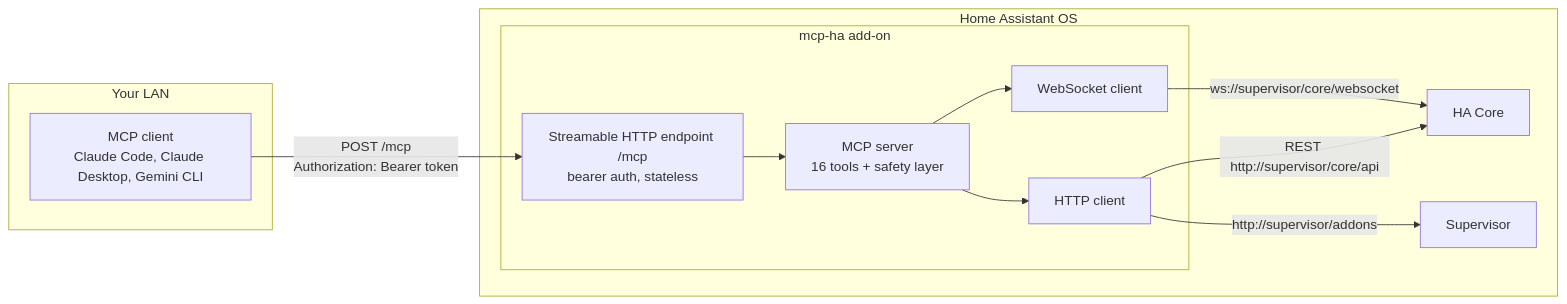
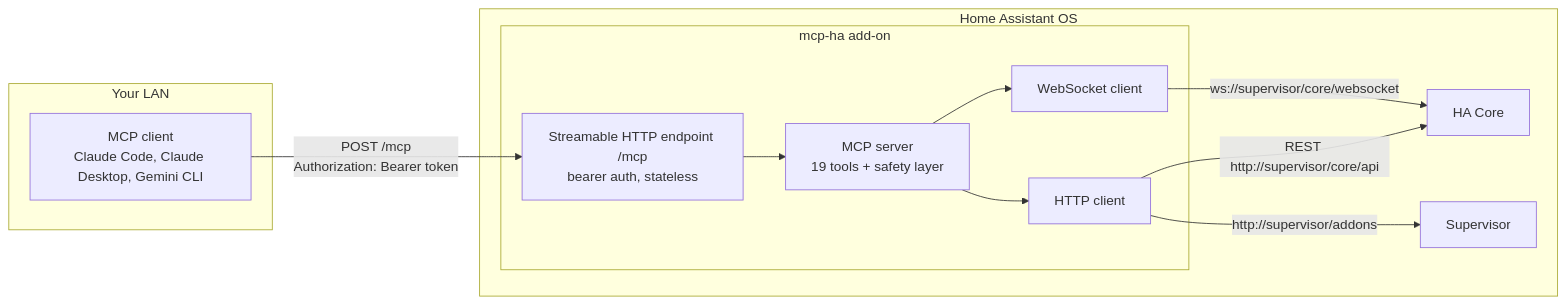
The first of 3 diagrams in docs/reference/architecture.md (Devitek/mcp-ha), drawn with Mermaid before and after one commit. The commit also changed 35 other files, not shown here.

````diff
--- a/docs/reference/architecture.md
+++ b/docs/reference/architecture.md
@@ -7,23 +7,23 @@
 ```mermaid
 flowchart LR
   subgraph lan["Your LAN"]
     C["MCP client<br/>Claude Code, Claude Desktop, Gemini CLI"]
   end
   subgraph haos["Home Assistant OS"]
     subgraph addon["mcp-ha add-on"]
       T["Streamable HTTP endpoint /mcp<br/>bearer auth, stateless"]
-      S["MCP server<br/>16 tools + safety layer"]
+      S["MCP server<br/>19 tools + safety layer"]
       W["WebSocket client"]
       H["HTTP client"]
       T --> S
       S --> W
       S --> H
     end
     CORE["HA Core"]
     SUP["Supervisor"]
     W -->|"ws://supervisor/core/websocket"| CORE
     H -->|"REST http://supervisor/core/api"| CORE
     H -->|"http://supervisor/addons"| SUP
   end
   C -->|"POST /mcp<br/>Authorization: Bearer token"| T
 ```
````
